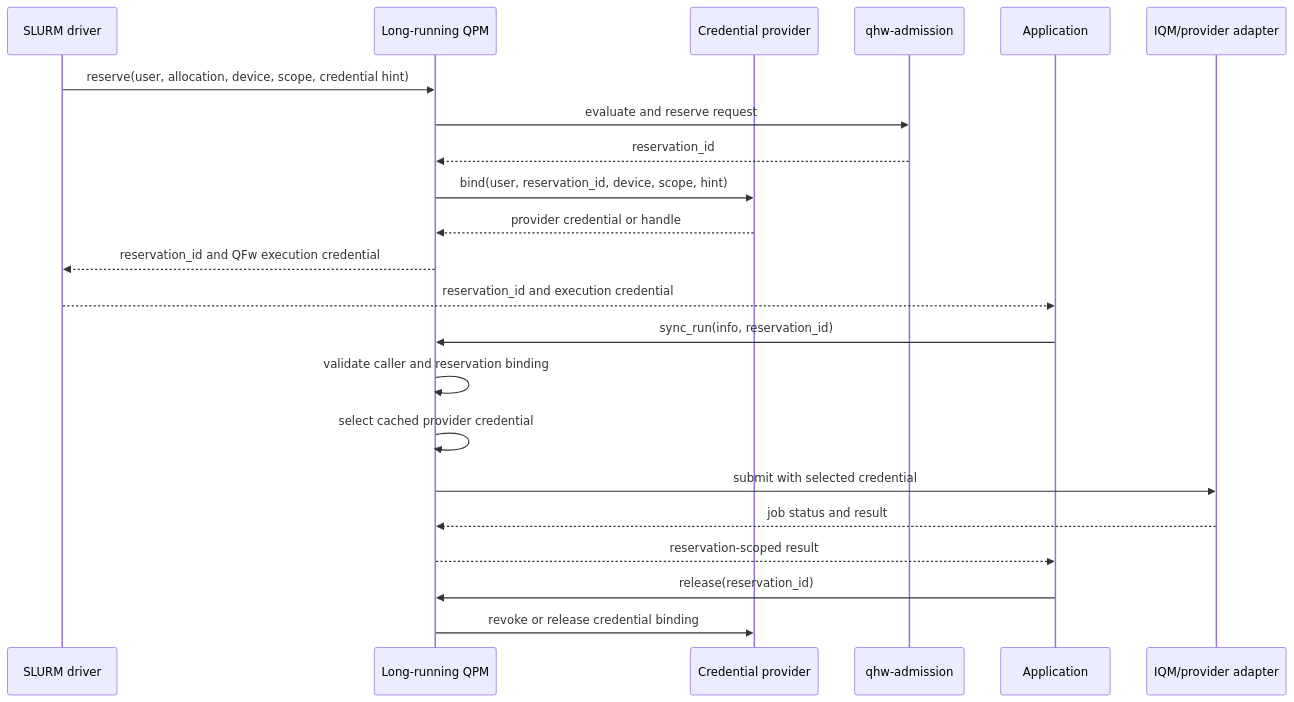
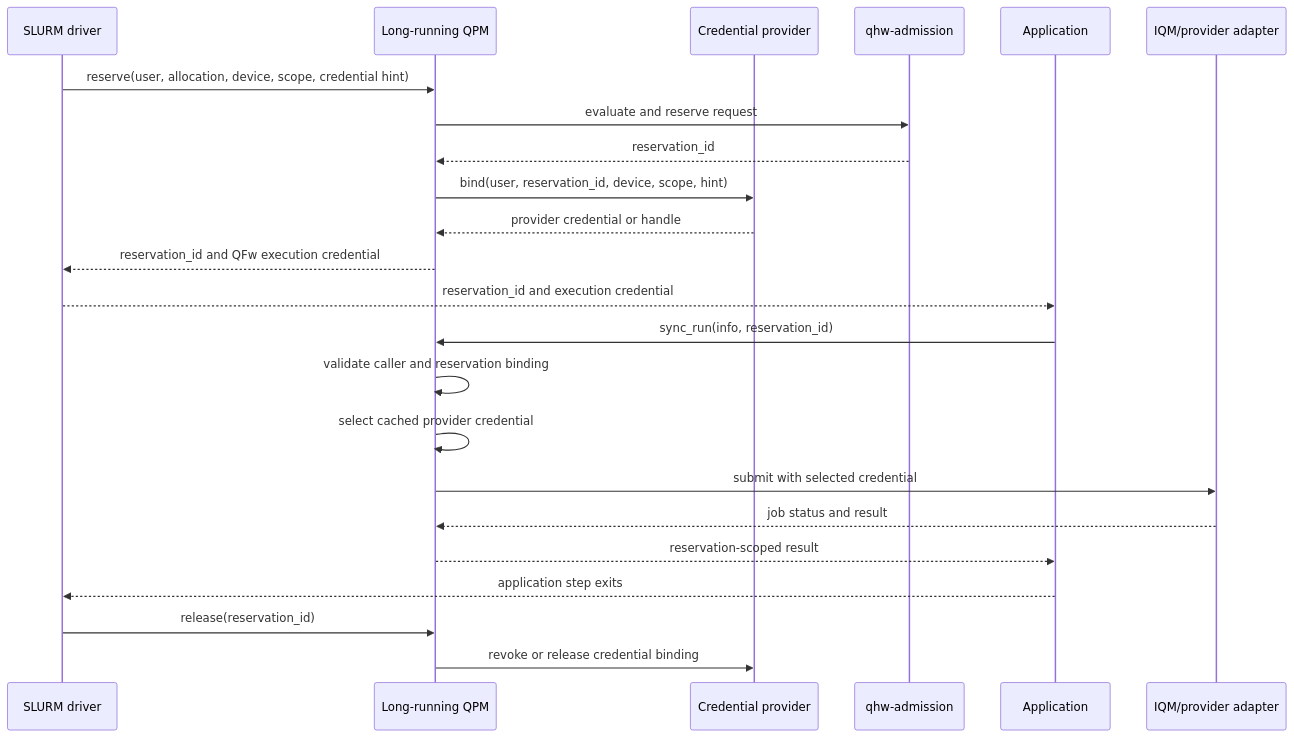
One commit to openQSE/QFw changed the second of 10 diagrams in docs/detailed-design.md. Above: the diagram before and after it, drawn with Mermaid. The commit also changed other lines of this file and 10 other files, not shown here.

First line of the commit message:
examples: add shared Slurm reservation driver

````diff
--- a/docs/detailed-design.md
+++ b/docs/detailed-design.md
@@ -1041,25 +1053,26 @@
 ```mermaid
 sequenceDiagram
     participant Driver as SLURM driver
     participant QPM as Long-running QPM
     participant Cred as Credential provider
     participant Admission as qhw-admission
     participant App as Application
     participant Provider as IQM/provider adapter
 
     Driver->>QPM: reserve(user, allocation, device, scope, credential hint)
     QPM->>Admission: evaluate and reserve request
     Admission-->>QPM: reservation_id
     QPM->>Cred: bind(user, reservation_id, device, scope, hint)
     Cred-->>QPM: provider credential or handle
     QPM-->>Driver: reservation_id and QFw execution credential
     Driver-->>App: reservation_id and execution credential
     App->>QPM: sync_run(info, reservation_id)
     QPM->>QPM: validate caller and reservation binding
     QPM->>QPM: select cached provider credential
     QPM->>Provider: submit with selected credential
     Provider-->>QPM: job status and result
     QPM-->>App: reservation-scoped result
-    App->>QPM: release(reservation_id)
+    App-->>Driver: application step exits
+    Driver->>QPM: release(reservation_id)
     QPM->>Cred: revoke or release credential binding
 ```
````
